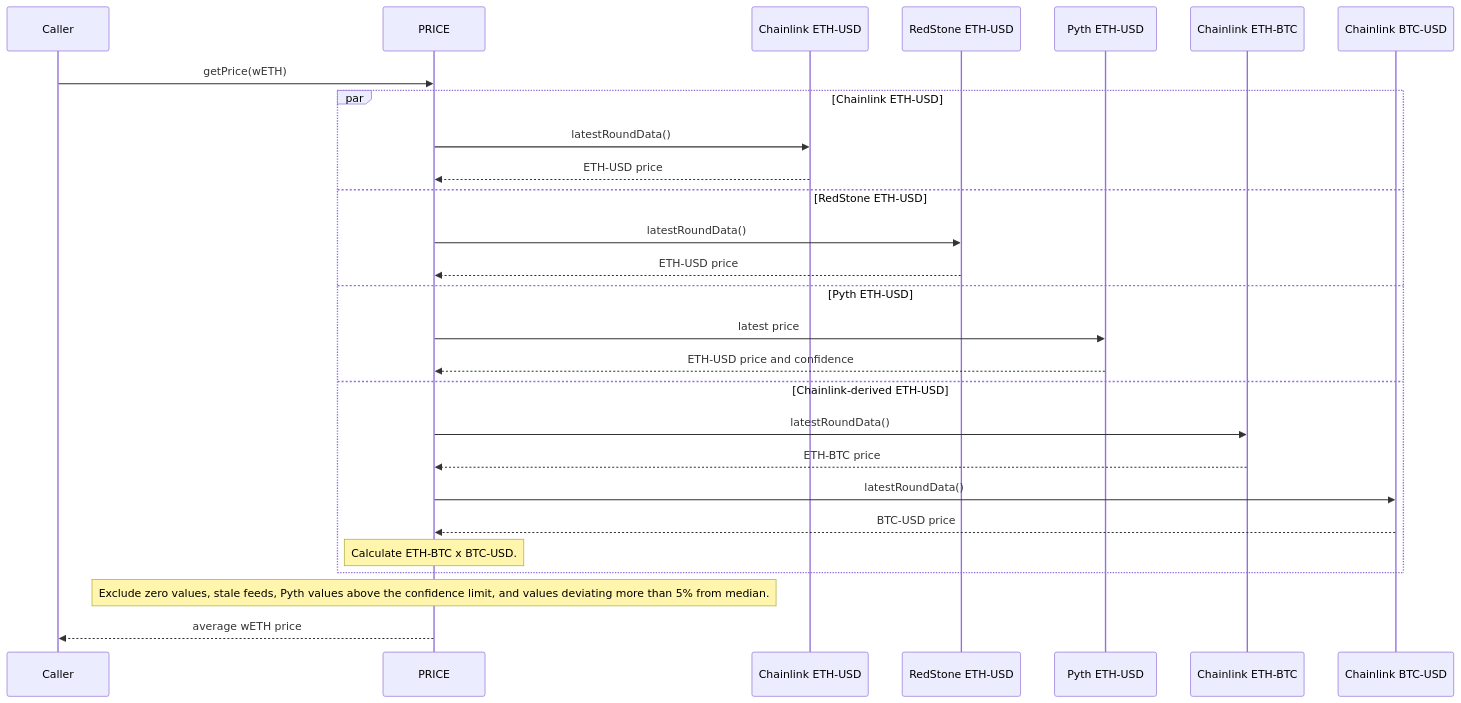
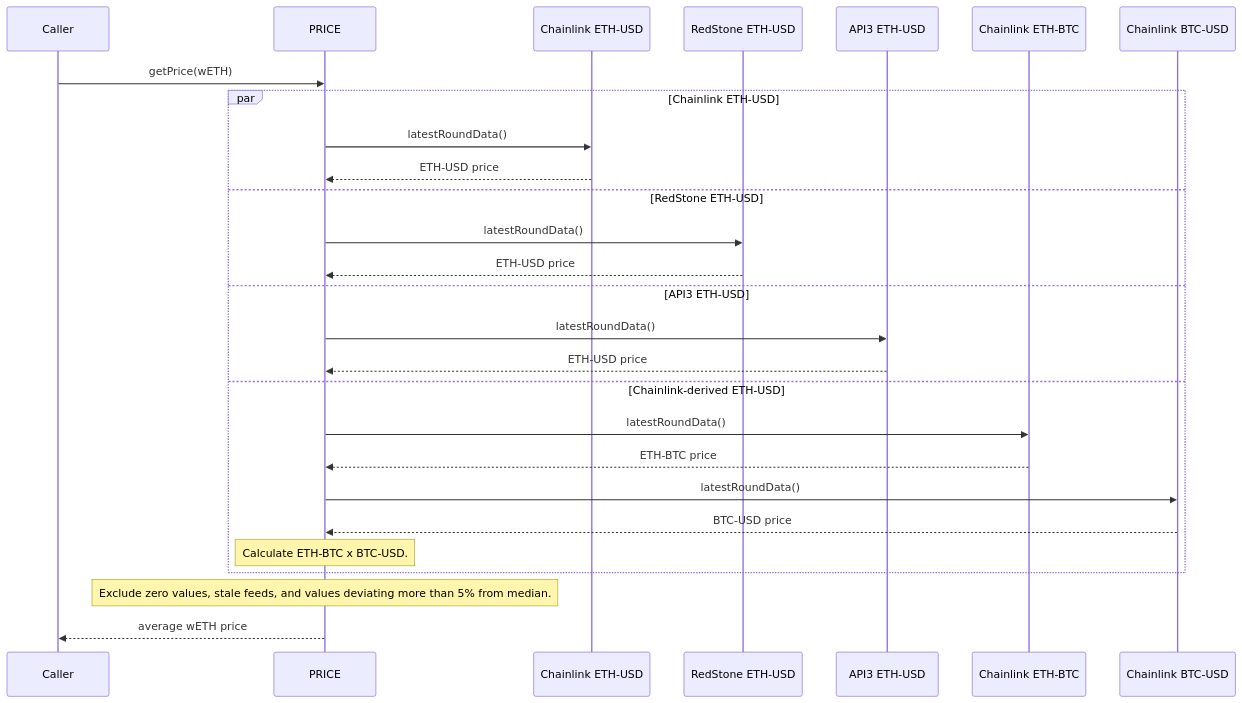
The second of 3 diagrams in docs/overview/09_asset-configuration.md (OlympusDAO/olympus-docs), drawn with Mermaid before and after one commit. The commit also changed other lines of this file and 2 other files, not shown here.

Commit message:
docs: update PRICE asset configuration

````diff
--- a/docs/overview/09_asset-configuration.md
+++ b/docs/overview/09_asset-configuration.md
@@ -90,30 +90,30 @@
 ```mermaid
 sequenceDiagram
     participant Caller
     participant PRICE
     participant CL_ETH as Chainlink ETH-USD
     participant RS_ETH as RedStone ETH-USD
-    participant PYTH_ETH as Pyth ETH-USD
+    participant API3_ETH as API3 ETH-USD
     participant CL_ETHBTC as Chainlink ETH-BTC
     participant CL_BTCUSD as Chainlink BTC-USD
 
     Caller->>PRICE: getPrice(wETH)
     par Chainlink ETH-USD
         PRICE->>CL_ETH: latestRoundData()
         CL_ETH-->>PRICE: ETH-USD price
     and RedStone ETH-USD
         PRICE->>RS_ETH: latestRoundData()
         RS_ETH-->>PRICE: ETH-USD price
-    and Pyth ETH-USD
-        PRICE->>PYTH_ETH: latest price
-        PYTH_ETH-->>PRICE: ETH-USD price and confidence
+    and API3 ETH-USD
+        PRICE->>API3_ETH: latestRoundData()
+        API3_ETH-->>PRICE: ETH-USD price
     and Chainlink-derived ETH-USD
         PRICE->>CL_ETHBTC: latestRoundData()
         CL_ETHBTC-->>PRICE: ETH-BTC price
         PRICE->>CL_BTCUSD: latestRoundData()
         CL_BTCUSD-->>PRICE: BTC-USD price
         Note over PRICE: Calculate ETH-BTC x BTC-USD.
     end
-    Note over PRICE: Exclude zero values, stale feeds, Pyth values above the confidence limit, and values deviating more than 5% from median.
+    Note over PRICE: Exclude zero values, stale feeds, and values deviating more than 5% from median.
     PRICE-->>Caller: average wETH price
 ```
````
